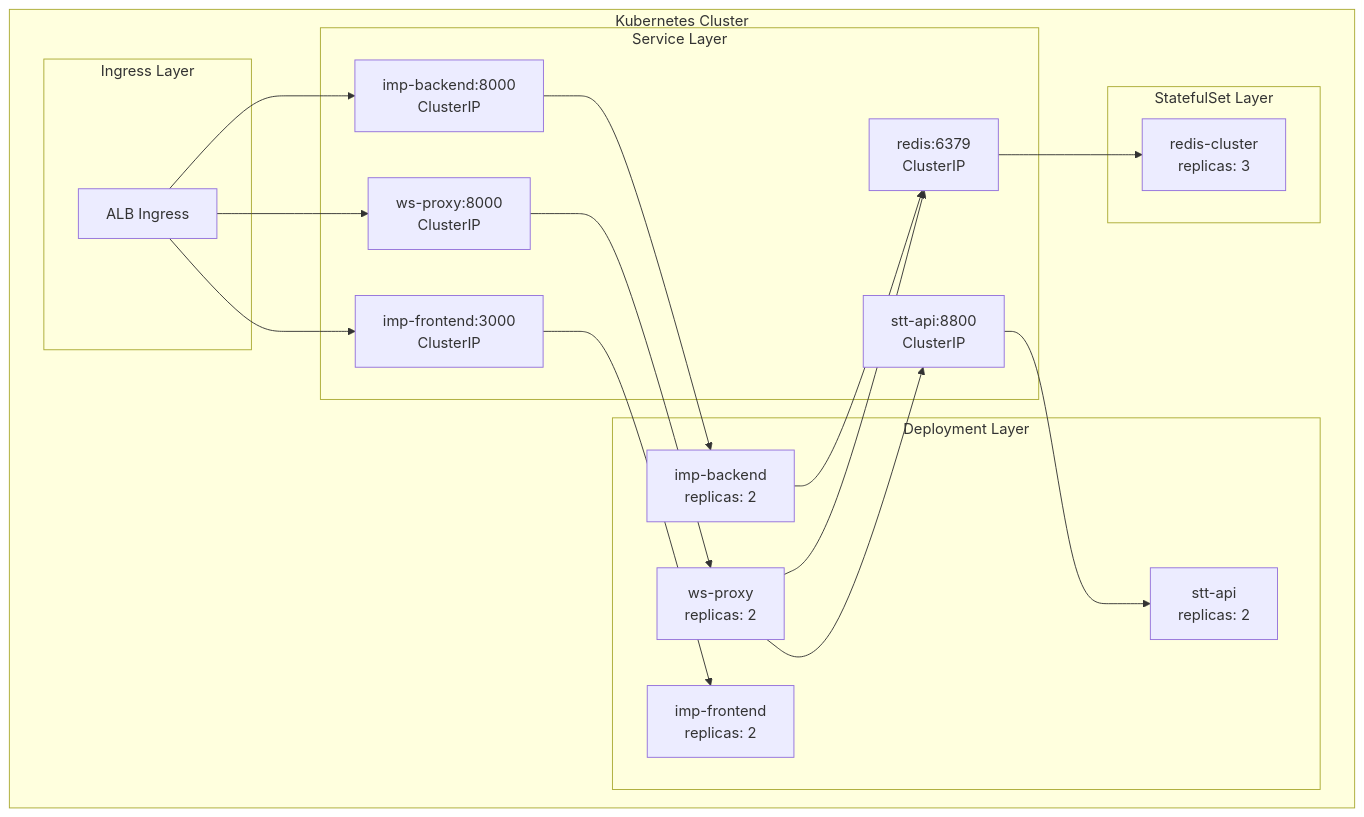
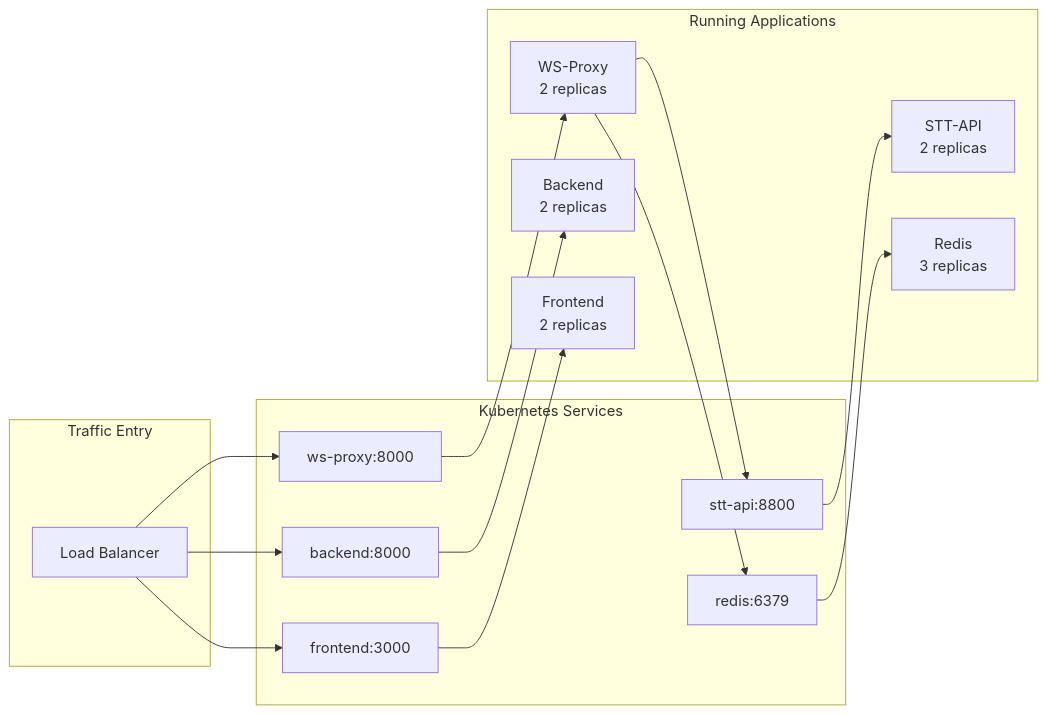
One commit to aldea-ai/infrastructure-docs changed the sixth of 8 diagrams in diagrams/eks-architecture.md. Above: the diagram before and after it, drawn with Mermaid. The commit also changed other lines of this file and 3 other files, not shown here.

First line of the commit message:
Simplify diagrams for layman readability

````diff
--- a/diagrams/eks-architecture.md
+++ b/diagrams/eks-architecture.md
@@ -200,37 +200,31 @@
 ```mermaid
-flowchart TB
-    subgraph K8s["Kubernetes Cluster"]
-        subgraph Ingress["Ingress Layer"]
-            ALB_ING[ALB Ingress]
-        end
-
-        subgraph Services["Service Layer"]
-            SVC_WS[ws-proxy:8000<br/>ClusterIP]
-            SVC_STT[stt-api:8800<br/>ClusterIP]
-            SVC_BE[imp-backend:8000<br/>ClusterIP]
-            SVC_FE[imp-frontend:3000<br/>ClusterIP]
-            SVC_REDIS[redis:6379<br/>ClusterIP]
-        end
-
-        subgraph Deployments["Deployment Layer"]
-            DEP_WS[ws-proxy<br/>replicas: 2]
-            DEP_STT[stt-api<br/>replicas: 2]
-            DEP_BE[imp-backend<br/>replicas: 2]
-            DEP_FE[imp-frontend<br/>replicas: 2]
-        end
-
-        subgraph StatefulSets["StatefulSet Layer"]
-            SS_REDIS[redis-cluster<br/>replicas: 3]
-        end
+flowchart LR
+    subgraph Ingress["Traffic Entry"]
+        ALB[Load Balancer]
     end
 
-    ALB_ING --> SVC_WS & SVC_BE & SVC_FE
-    SVC_WS --> DEP_WS
-    SVC_STT --> DEP_STT
-    SVC_BE --> DEP_BE
-    SVC_FE --> DEP_FE
-    SVC_REDIS --> SS_REDIS
+    subgraph Services["Kubernetes Services"]
+        SVC_WS[ws-proxy:8000]
+        SVC_STT[stt-api:8800]
+        SVC_BE[backend:8000]
+        SVC_FE[frontend:3000]
+        SVC_REDIS[redis:6379]
+    end
 
-    DEP_WS --> SVC_REDIS & SVC_STT
-    DEP_BE --> SVC_REDIS
+    subgraph Pods["Running Applications"]
+        WS[WS-Proxy<br/>2 replicas]
+        STT[STT-API<br/>2 replicas]
+        BE[Backend<br/>2 replicas]
+        FE[Frontend<br/>2 replicas]
+        REDIS[Redis<br/>3 replicas]
+    end
+
+    ALB --> SVC_WS & SVC_BE & SVC_FE
+    SVC_WS --> WS
+    SVC_STT --> STT
+    SVC_BE --> BE
+    SVC_FE --> FE
+    SVC_REDIS --> REDIS
+
+    WS --> SVC_STT & SVC_REDIS
 ```
````
